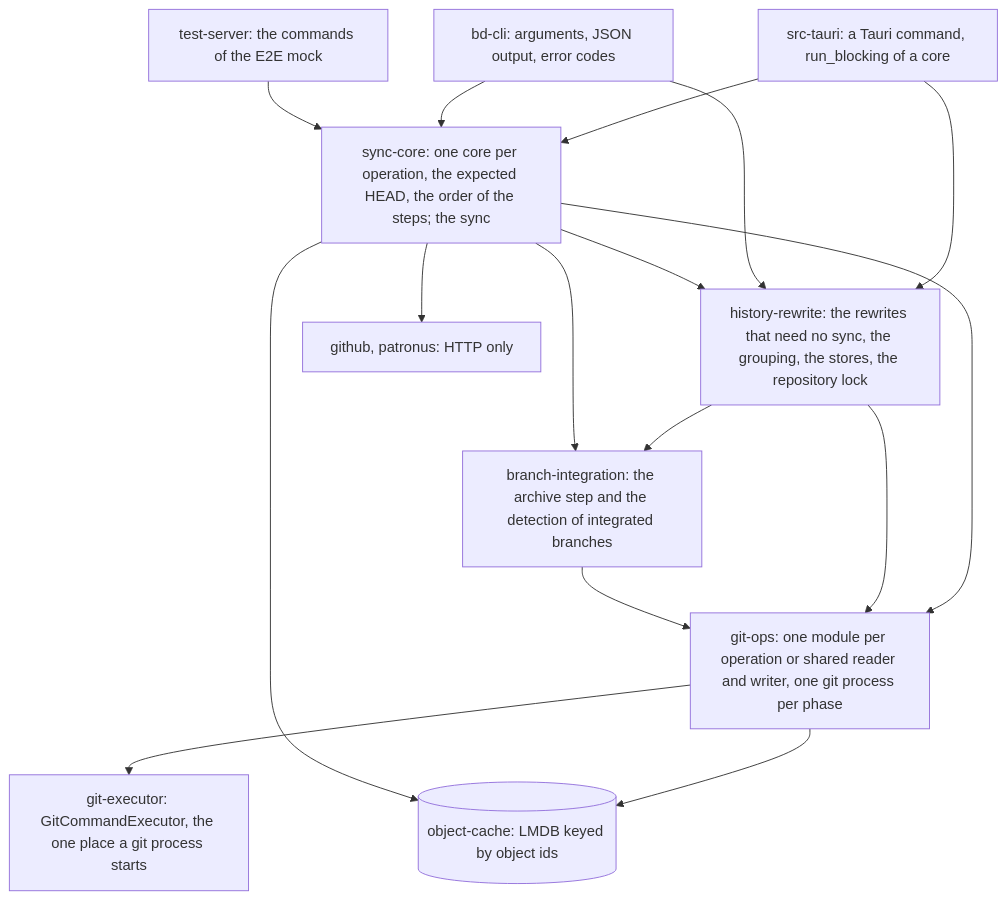
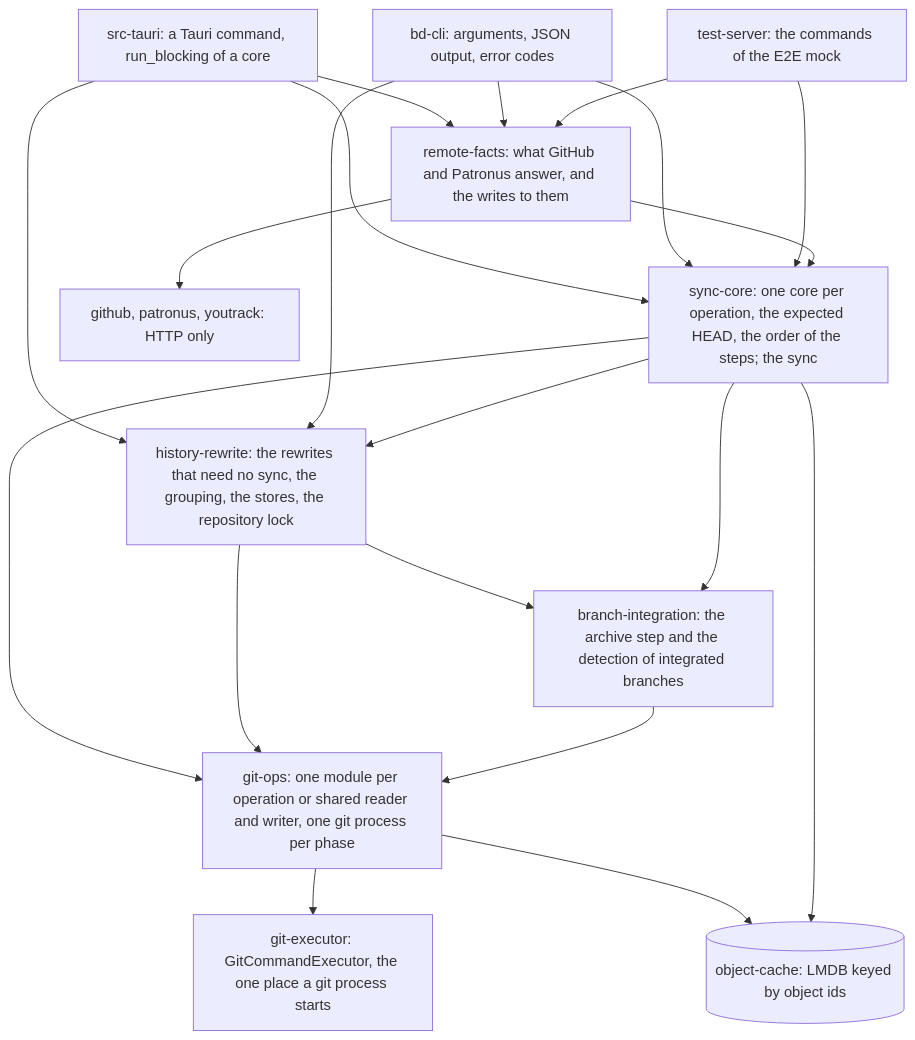
Before and after one commit to develar/branch-deck: the first of 2 diagrams in docs/design/git-operations.md, drawn with Mermaid. The commit also changed other lines of this file and 73 other files, not shown here.

````diff
--- a/docs/design/git-operations.md
+++ b/docs/design/git-operations.md
@@ -37,17 +37,21 @@
 ```mermaid
 flowchart TD
     APP[src-tauri: a Tauri command, run_blocking of a core] --> CORE
     BD[bd-cli: arguments, JSON output, error codes] --> CORE
     E2E[test-server: the commands of the E2E mock] --> CORE
     CORE[sync-core: one core per operation, the expected HEAD, the order of the steps; the sync] --> OPS
     APP --> HR
     BD --> HR
     CORE --> HR[history-rewrite: the rewrites that need no sync, the grouping, the stores, the repository lock] --> OPS
     HR --> BI
     CORE --> BI[branch-integration: the archive step and the detection of integrated branches]
     BI --> OPS[git-ops: one module per operation or shared reader and writer, one git process per phase]
     OPS --> EX[git-executor: GitCommandExecutor, the one place a git process starts]
     OPS --> OC[(object-cache: LMDB keyed by object ids)]
     CORE --> OC
-    CORE --> NET[github, patronus: HTTP only]
+    APP --> RF
+    BD --> RF
+    E2E --> RF
+    RF[remote-facts: what GitHub and Patronus answer, and the writes to them] --> CORE
+    RF --> NET[github, patronus, youtrack: HTTP only]
 ```
````
